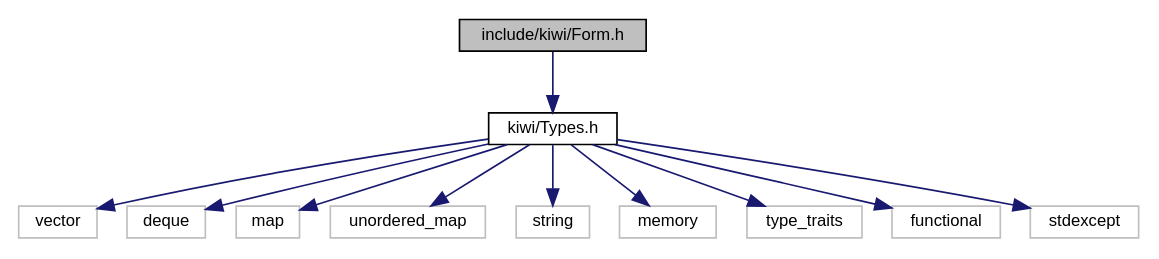
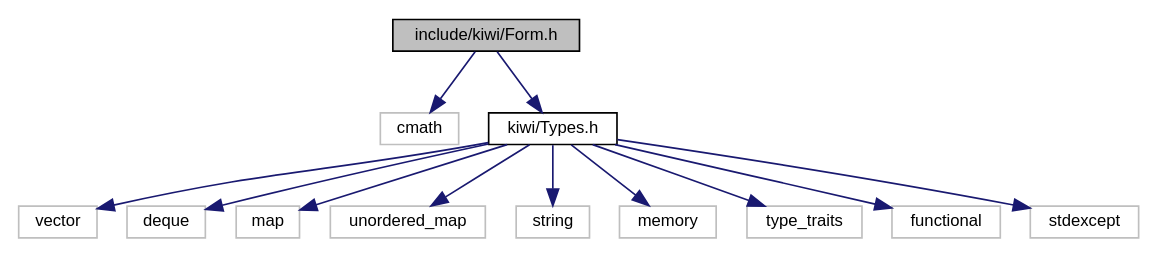
The diagram in Form_8h__incl.dot (mrchypark/Kiwi), drawn with Graphviz before and after one commit. The commit also changed 286 other files, not shown here.

```diff
--- a/Form_8h__incl.dot
+++ b/Form_8h__incl.dot
@@ -1,27 +1,29 @@
 digraph "include/kiwi/Form.h"
 {
  // LATEX_PDF_SIZE
   edge [fontname="Helvetica",fontsize="10",labelfontname="Helvetica",labelfontsize="10"];
   node [fontname="Helvetica",fontsize="10",shape=record];
   Node1 [label="include/kiwi/Form.h",height=0.2,width=0.4,color="black", fillcolor="grey75", style="filled", fontcolor="black",tooltip="형태 및 형태소에 관한 정보를 담는 구조체들이 선언된 헤더"];
   Node1 -> Node2 [color="midnightblue",fontsize="10",style="solid",fontname="Helvetica"];
-  Node2 [label="kiwi/Types.h",height=0.2,width=0.4,color="black", fillcolor="white", style="filled",URL="$Types_8h.html",tooltip="Kiwi C++ API에 쓰이는 주요 타입들을 모아놓은 헤더 파일"];
-  Node2 -> Node3 [color="midnightblue",fontsize="10",style="solid",fontname="Helvetica"];
-  Node3 [label="vector",height=0.2,width=0.4,color="grey75", fillcolor="white", style="filled",tooltip=" "];
-  Node2 -> Node4 [color="midnightblue",fontsize="10",style="solid",fontname="Helvetica"];
-  Node4 [label="deque",height=0.2,width=0.4,color="grey75", fillcolor="white", style="filled",tooltip=" "];
-  Node2 -> Node5 [color="midnightblue",fontsize="10",style="solid",fontname="Helvetica"];
-  Node5 [label="map",height=0.2,width=0.4,color="grey75", fillcolor="white", style="filled",tooltip=" "];
-  Node2 -> Node6 [color="midnightblue",fontsize="10",style="solid",fontname="Helvetica"];
-  Node6 [label="unordered_map",height=0.2,width=0.4,color="grey75", fillcolor="white", style="filled",tooltip=" "];
-  Node2 -> Node7 [color="midnightblue",fontsize="10",style="solid",fontname="Helvetica"];
-  Node7 [label="string",height=0.2,width=0.4,color="grey75", fillcolor="white", style="filled",tooltip=" "];
-  Node2 -> Node8 [color="midnightblue",fontsize="10",style="solid",fontname="Helvetica"];
-  Node8 [label="memory",height=0.2,width=0.4,color="grey75", fillcolor="white", style="filled",tooltip=" "];
-  Node2 -> Node9 [color="midnightblue",fontsize="10",style="solid",fontname="Helvetica"];
-  Node9 [label="type_traits",height=0.2,width=0.4,color="grey75", fillcolor="white", style="filled",tooltip=" "];
-  Node2 -> Node10 [color="midnightblue",fontsize="10",style="solid",fontname="Helvetica"];
-  Node10 [label="functional",height=0.2,width=0.4,color="grey75", fillcolor="white", style="filled",tooltip=" "];
-  Node2 -> Node11 [color="midnightblue",fontsize="10",style="solid",fontname="Helvetica"];
-  Node11 [label="stdexcept",height=0.2,width=0.4,color="grey75", fillcolor="white", style="filled",tooltip=" "];
+  Node2 [label="cmath",height=0.2,width=0.4,color="grey75", fillcolor="white", style="filled",tooltip=" "];
+  Node1 -> Node3 [color="midnightblue",fontsize="10",style="solid",fontname="Helvetica"];
+  Node3 [label="kiwi/Types.h",height=0.2,width=0.4,color="black", fillcolor="white", style="filled",URL="$Types_8h.html",tooltip="Kiwi C++ API에 쓰이는 주요 타입들을 모아놓은 헤더 파일"];
+  Node3 -> Node4 [color="midnightblue",fontsize="10",style="solid",fontname="Helvetica"];
+  Node4 [label="vector",height=0.2,width=0.4,color="grey75", fillcolor="white", style="filled",tooltip=" "];
+  Node3 -> Node5 [color="midnightblue",fontsize="10",style="solid",fontname="Helvetica"];
+  Node5 [label="deque",height=0.2,width=0.4,color="grey75", fillcolor="white", style="filled",tooltip=" "];
+  Node3 -> Node6 [color="midnightblue",fontsize="10",style="solid",fontname="Helvetica"];
+  Node6 [label="map",height=0.2,width=0.4,color="grey75", fillcolor="white", style="filled",tooltip=" "];
+  Node3 -> Node7 [color="midnightblue",fontsize="10",style="solid",fontname="Helvetica"];
+  Node7 [label="unordered_map",height=0.2,width=0.4,color="grey75", fillcolor="white", style="filled",tooltip=" "];
+  Node3 -> Node8 [color="midnightblue",fontsize="10",style="solid",fontname="Helvetica"];
+  Node8 [label="string",height=0.2,width=0.4,color="grey75", fillcolor="white", style="filled",tooltip=" "];
+  Node3 -> Node9 [color="midnightblue",fontsize="10",style="solid",fontname="Helvetica"];
+  Node9 [label="memory",height=0.2,width=0.4,color="grey75", fillcolor="white", style="filled",tooltip=" "];
+  Node3 -> Node10 [color="midnightblue",fontsize="10",style="solid",fontname="Helvetica"];
+  Node10 [label="type_traits",height=0.2,width=0.4,color="grey75", fillcolor="white", style="filled",tooltip=" "];
+  Node3 -> Node11 [color="midnightblue",fontsize="10",style="solid",fontname="Helvetica"];
+  Node11 [label="functional",height=0.2,width=0.4,color="grey75", fillcolor="white", style="filled",tooltip=" "];
+  Node3 -> Node12 [color="midnightblue",fontsize="10",style="solid",fontname="Helvetica"];
+  Node12 [label="stdexcept",height=0.2,width=0.4,color="grey75", fillcolor="white", style="filled",tooltip=" "];
 }
```
